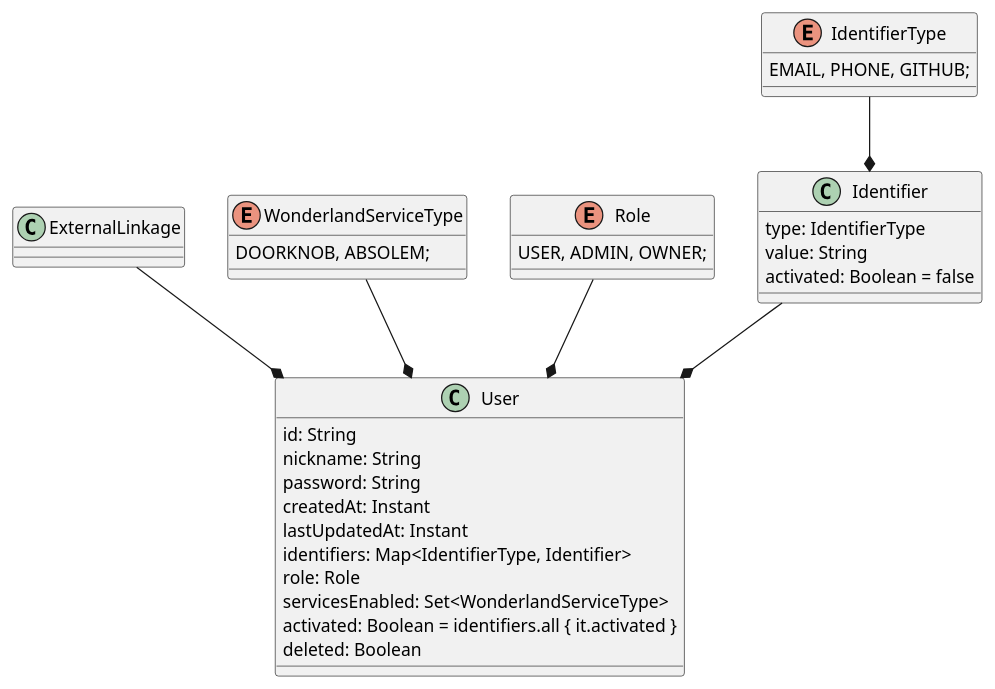
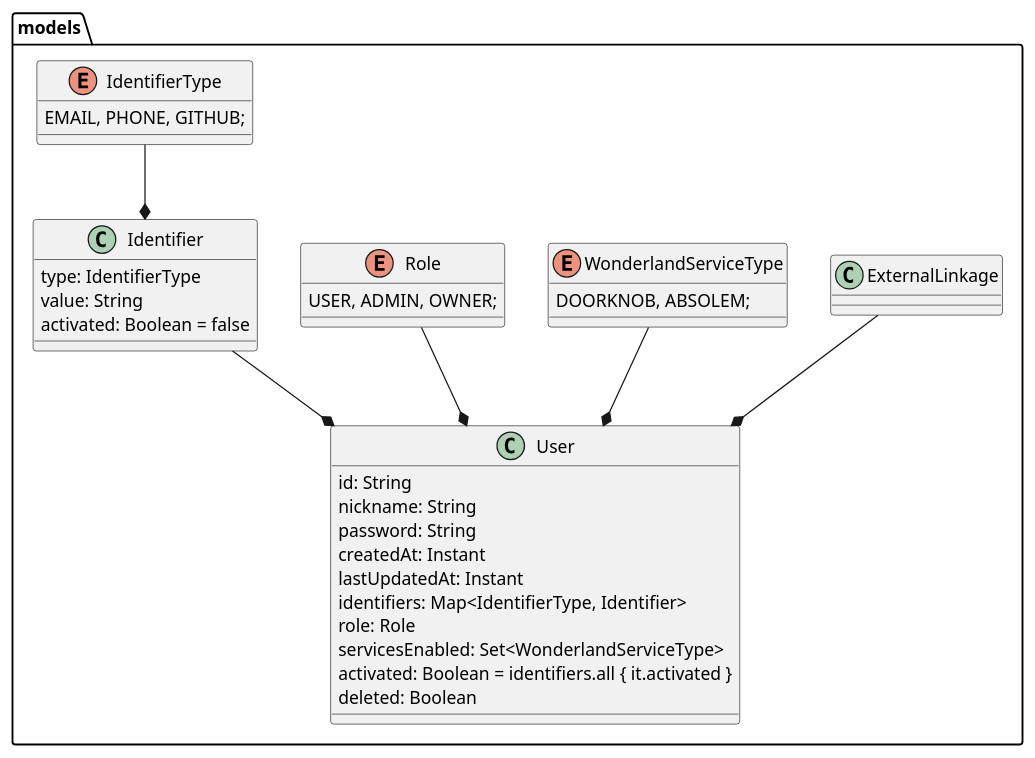
The ninth of 9 diagrams in docs/docs/features.md (alices-wonderland/doorknob), drawn with PlantUML before and after one commit. The commit also changed other lines of this file and 24 other files, not shown here.

Commit message:
Change PlantUML from component to replaced wrapper

````diff
--- a/docs/docs/features.md
+++ b/docs/docs/features.md
@@ -170,33 +256,37 @@
+```plantuml
 @startuml
+package models {
   Identifier --* User
   ExternalLinkage --* User
   WonderlandServiceType --* User
   Role --* User
   class User {
     id: String
     nickname: String
     password: String
     createdAt: Instant
     lastUpdatedAt: Instant
     identifiers: Map<IdentifierType, Identifier>
     role: Role
     servicesEnabled: Set<WonderlandServiceType>
     activated: Boolean = identifiers.all { it.activated }
     deleted: Boolean
   }
   IdentifierType --* Identifier
   class Identifier {
     type: IdentifierType
     value: String
     activated: Boolean = false
   }
   enum IdentifierType {
     EMAIL, PHONE, GITHUB;
   }
   enum Role {
     USER, ADMIN, OWNER;
   }
   enum WonderlandServiceType {
     DOORKNOB, ABSOLEM;
   }
+}
 @enduml
+```
````
